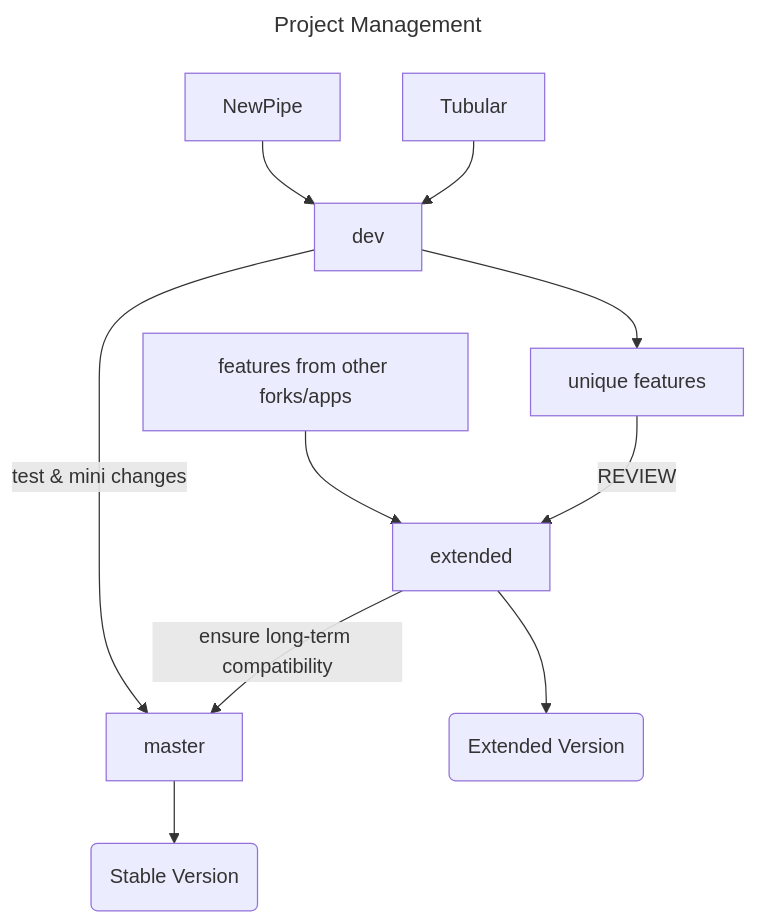
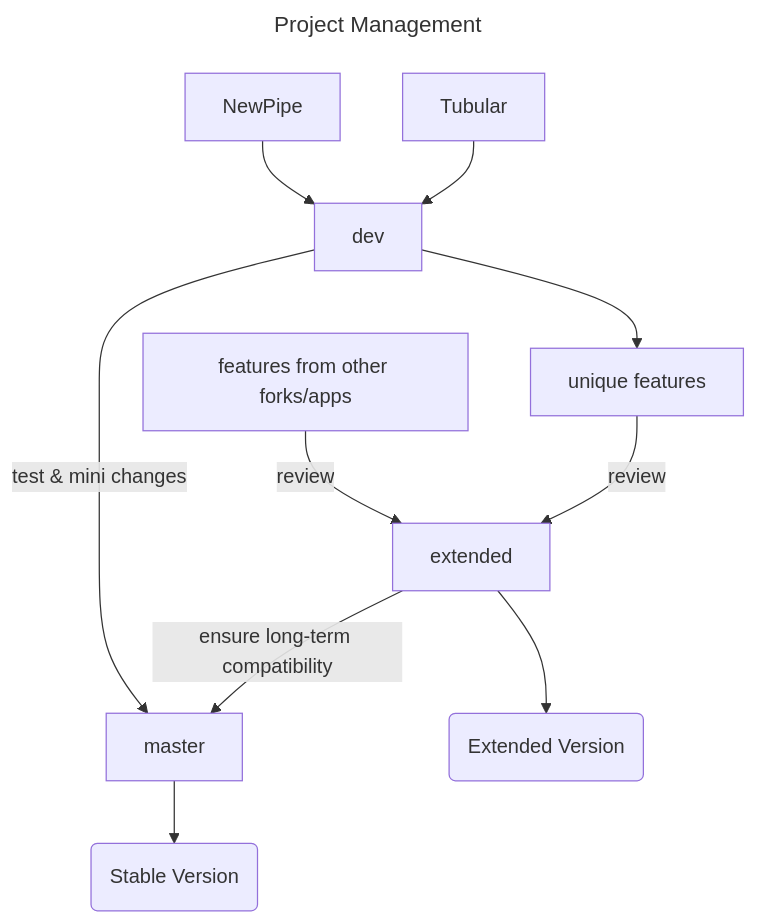
One commit to MaintainTeam/LastPipeBender changed the diagram in README.md. Above: the diagram before and after it, drawn with Mermaid.

````diff
--- a/README.md
+++ b/README.md
@@ -42,17 +42,17 @@
 ```mermaid
 ---
 title: Project Management
 ---
 graph TD
     A[NewPipe] --> D[dev]
     B[Tubular] --> D
-    C[features from other forks/apps] --> F
+    C[features from other forks/apps] --> | review | F
     D --> | test & mini changes | E[master]
     D --> X[unique features]
-    X --> | REVIEW | F[extended]
+    X --> | review | F[extended]
 
     F -->  G(Extended Version)
 
     F --> | ensure long-term compatibility | E
     E --> K(Stable Version)
 ```
````
